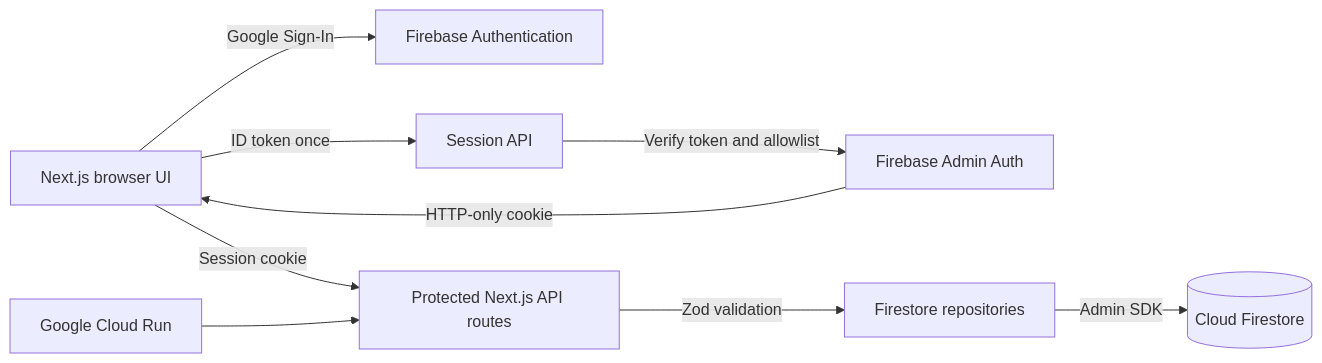
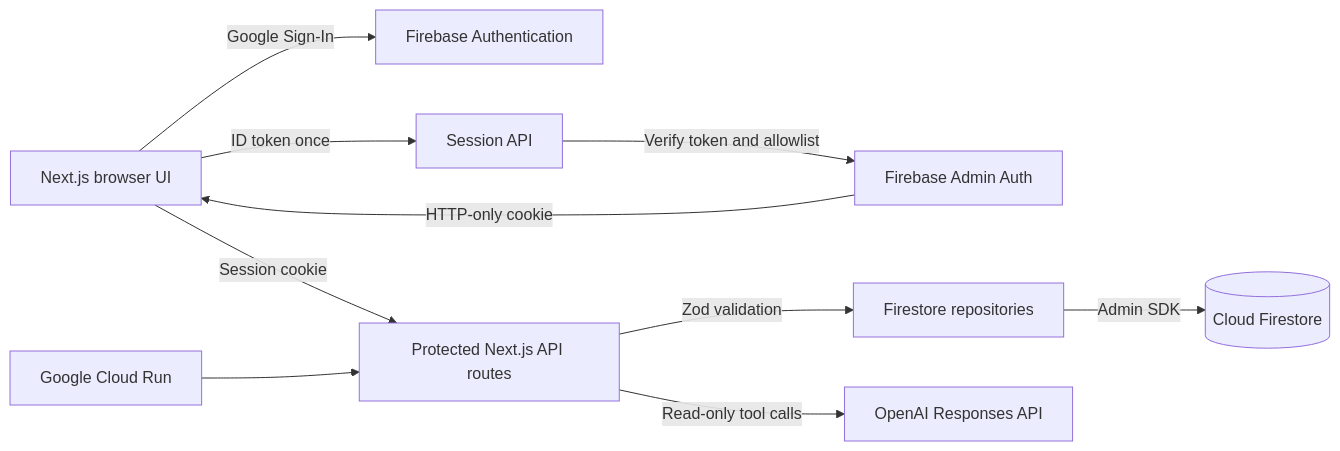
One commit to zol-ai/zol changed the diagram in README.md. Above: the diagram before and after it, drawn with Mermaid. The commit also changed other lines of this file and 15 other files, not shown here.

````diff
--- a/README.md
+++ b/README.md
@@ -18,11 +18,12 @@
 ```mermaid
 flowchart LR
   Browser[Next.js browser UI] -->|Google Sign-In| FirebaseAuth[Firebase Authentication]
   Browser -->|ID token once| SessionAPI[Session API]
   SessionAPI -->|Verify token and allowlist| AdminAuth[Firebase Admin Auth]
   AdminAuth -->|HTTP-only cookie| Browser
   Browser -->|Session cookie| ApiRoutes[Protected Next.js API routes]
   ApiRoutes -->|Zod validation| Repositories[Firestore repositories]
   Repositories -->|Admin SDK| Firestore[(Cloud Firestore)]
+  ApiRoutes -->|Read-only tool calls| OpenAI[OpenAI Responses API]
   CloudRun[Google Cloud Run] --> ApiRoutes
 ```
````
